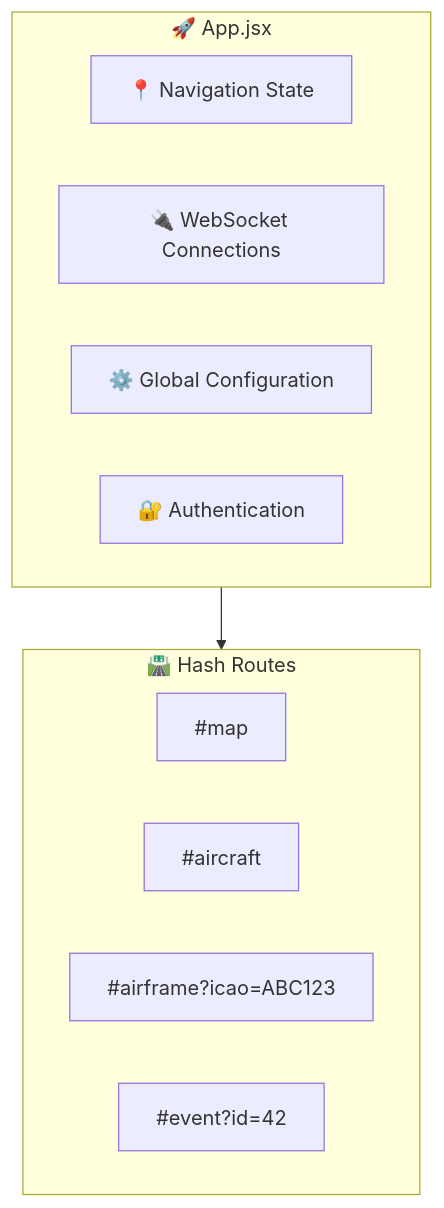
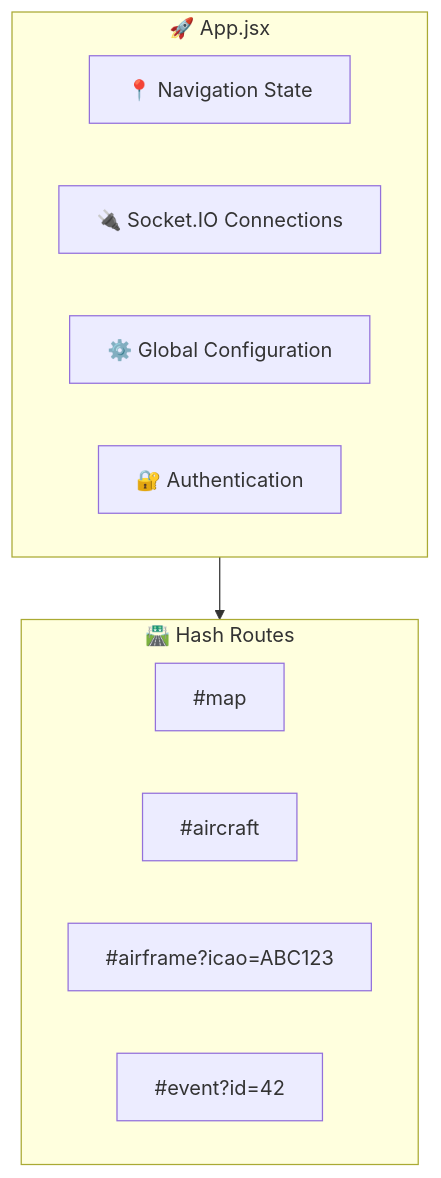
One commit to CHA0S-CORP/SkySpy changed the first of 10 diagrams in docs/08-frontend.md. Above: the diagram before and after it, drawn with Mermaid. The commit also changed other lines of this file and 18 other files, not shown here.

````diff
--- a/docs/08-frontend.md
+++ b/docs/08-frontend.md
@@ -87,18 +87,18 @@
 ```mermaid
 flowchart TB
     subgraph App["🚀 App.jsx"]
         Nav["📍 Navigation State"]
-        WS["🔌 WebSocket Connections"]
+        WS["🔌 Socket.IO Connections"]
         Config["⚙️ Global Configuration"]
         Auth["🔐 Authentication"]
     end
 
     subgraph Routes["🛣️ Hash Routes"]
         Map["#map"]
         Aircraft["#aircraft"]
         Airframe["#airframe?icao=ABC123"]
         Event["#event?id=42"]
     end
 
     App --> Routes
 ```
````
